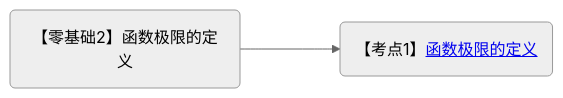
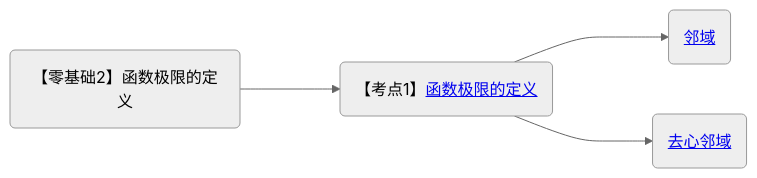
Before and after one commit to yuebinghui/note: the third of 11 diagrams in 笔记/数学/周洋鑫/00.框架.md, drawn with Mermaid (neutral theme). The commit also changed 3 other files, not shown here.

````diff
--- a/笔记/数学/周洋鑫/00.框架.md
+++ b/笔记/数学/周洋鑫/00.框架.md
@@ -89,5 +89,7 @@
 ```mermaid
 graph LR
 函数极限的定义(【零基础2】函数极限的定义)
 函数极限的定义 ---> 定义(【考点1】<a href="/Users/yuebinghui/Documents/program/github/note/笔记/数学/周洋鑫/03.零基础核心考点精讲2-2～3-1.md#函数极限的定义">函数极限的定义</>)
+定义--->邻域(<a href="/Users/yuebinghui/Documents/program/github/note/笔记/数学/周洋鑫/03.零基础核心考点精讲2-2～3-1.md#邻域">邻域</>)
+定义--->去心邻域(<a href="/Users/yuebinghui/Documents/program/github/note/笔记/数学/周洋鑫/03.零基础核心考点精讲2-2～3-1.md#去心邻域">去心邻域</>)
 ```
````
